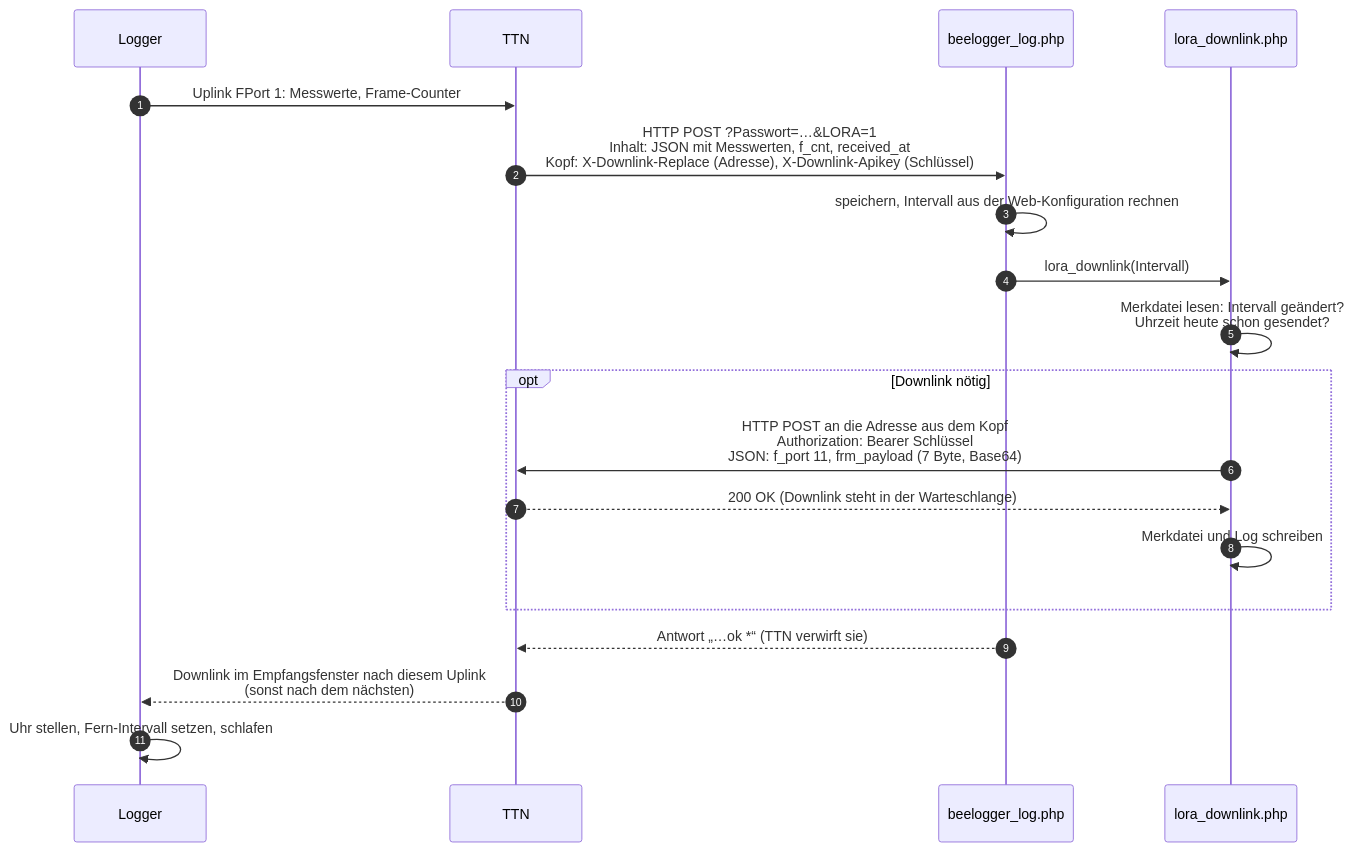
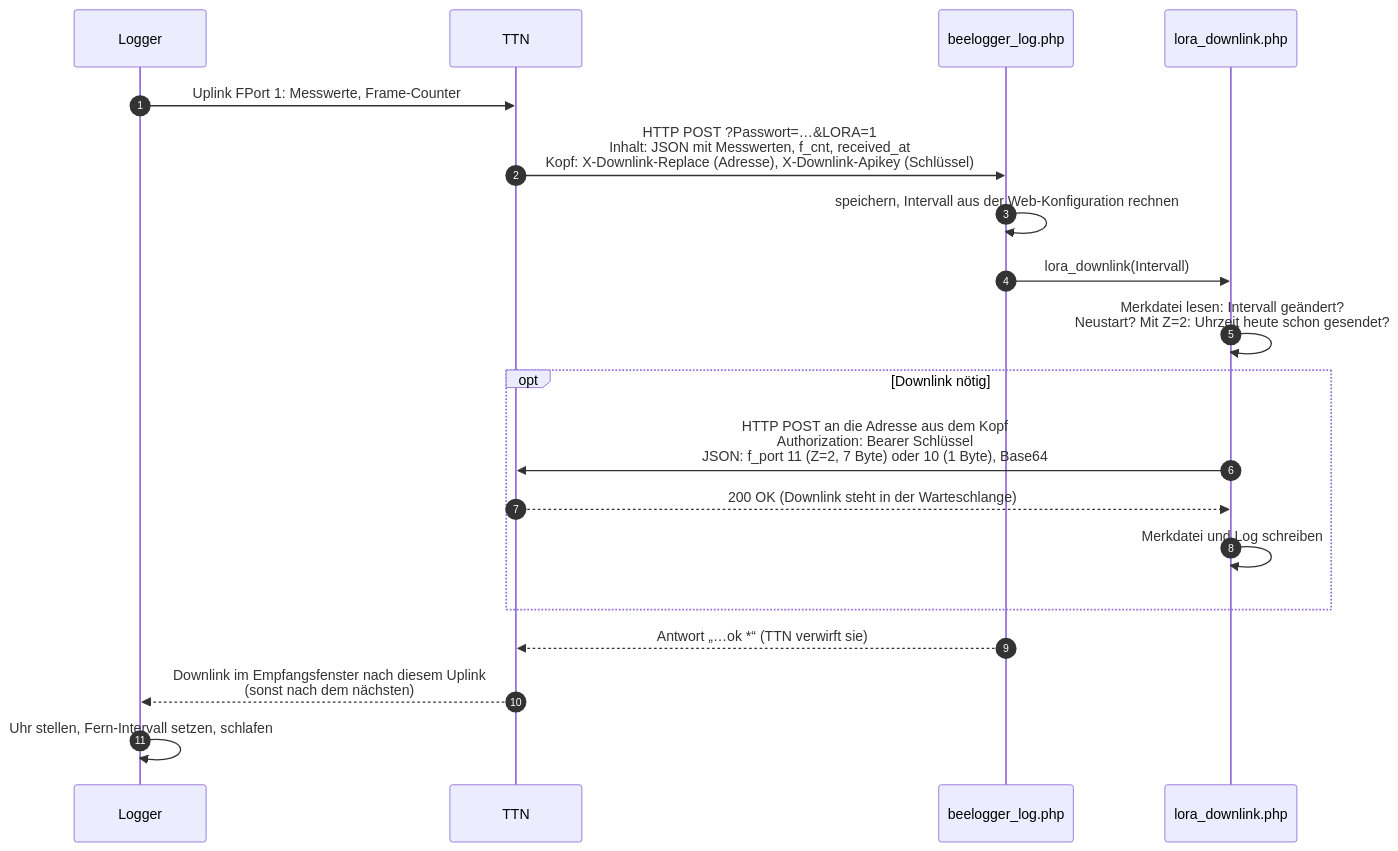
Before and after one commit to desiue/beelogger-stm32: the diagram in docs/server.md, drawn with Mermaid. The commit also changed other lines of this file and 6 other files, not shown here.

````diff
--- a/docs/server.md
+++ b/docs/server.md
@@ -128,21 +128,21 @@
 ```mermaid
 sequenceDiagram
   autonumber
   participant L as Logger
   participant T as TTN
   participant B as beelogger_log.php
   participant D as lora_downlink.php
   L->>T: Uplink FPort 1: Messwerte, Frame-Counter
   T->>B: HTTP POST ?Passwort=…&LORA=1<br/>Inhalt: JSON mit Messwerten, f_cnt, received_at<br/>Kopf: X-Downlink-Replace (Adresse), X-Downlink-Apikey (Schlüssel)
   B->>B: speichern, Intervall aus der Web-Konfiguration rechnen
   B->>D: lora_downlink(Intervall)
-  D->>D: Merkdatei lesen: Intervall geändert?<br/>Uhrzeit heute schon gesendet?
+  D->>D: Merkdatei lesen: Intervall geändert?<br/>Neustart? Mit Z=2: Uhrzeit heute schon gesendet?
   opt Downlink nötig
-    D->>T: HTTP POST an die Adresse aus dem Kopf<br/>Authorization: Bearer Schlüssel<br/>JSON: f_port 11, frm_payload (7 Byte, Base64)
+    D->>T: HTTP POST an die Adresse aus dem Kopf<br/>Authorization: Bearer Schlüssel<br/>JSON: f_port 11 (Z=2, 7 Byte) oder 10 (1 Byte), Base64
     T-->>D: 200 OK (Downlink steht in der Warteschlange)
     D->>D: Merkdatei und Log schreiben
   end
   B-->>T: Antwort „…ok *“ (TTN verwirft sie)
   T-->>L: Downlink im Empfangsfenster nach diesem Uplink<br/>(sonst nach dem nächsten)
   L->>L: Uhr stellen, Fern-Intervall setzen, schlafen
 ```
````
